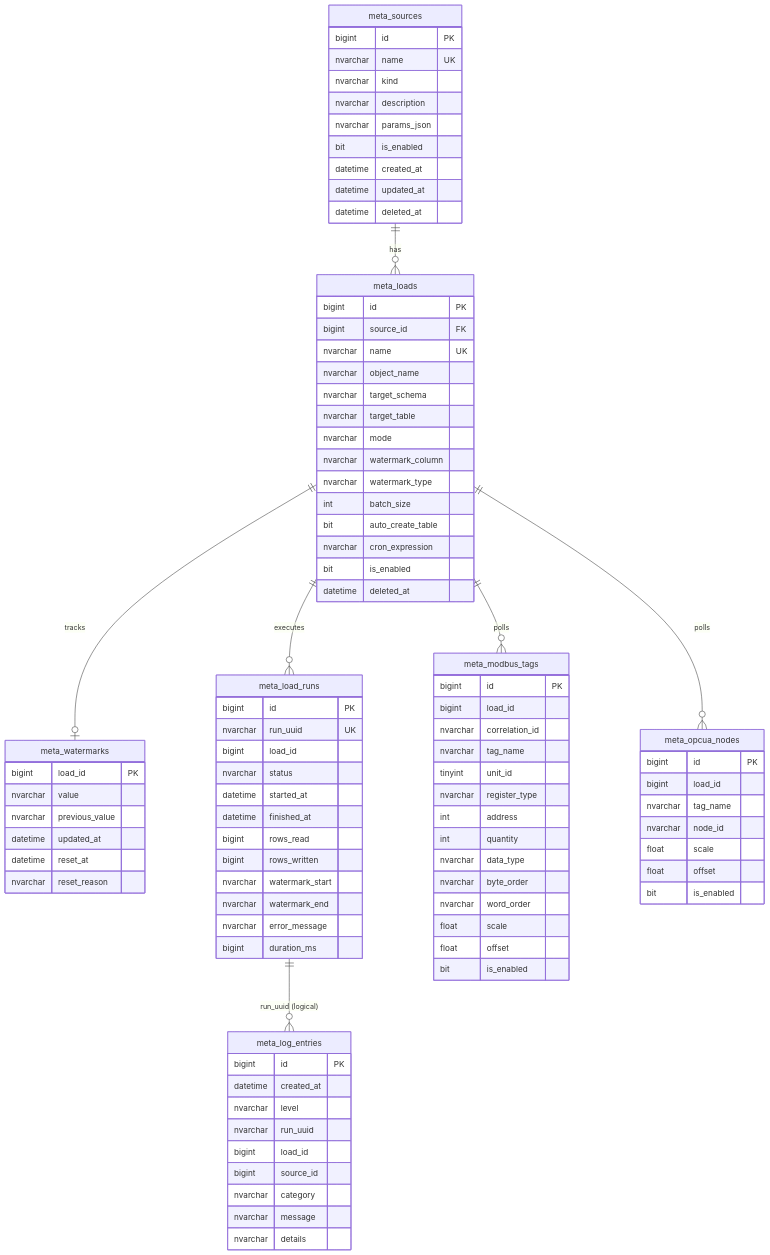
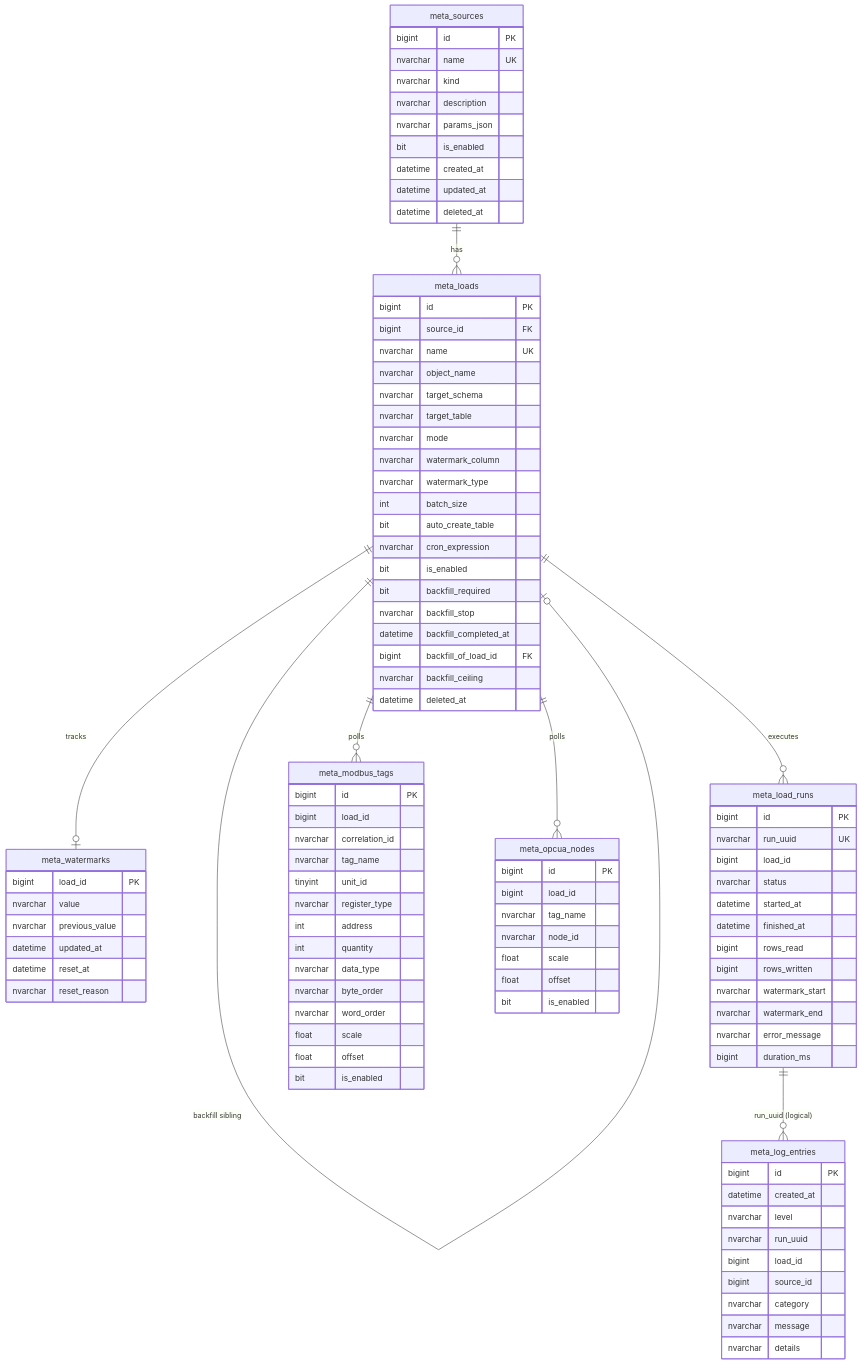
Before and after one commit to slaghuis/data-loader: the seventh of 8 diagrams in docs/02-architecture.md, drawn with Mermaid. The commit also changed other lines of this file and 30 other files, not shown here.

First line of the commit message:
feat: implement ADR-022 opt-in historic backfill for SQL delta loads

````diff
--- a/docs/02-architecture.md
+++ b/docs/02-architecture.md
@@ -336,6 +336,7 @@
 ```mermaid
 erDiagram
     meta_sources ||--o{ meta_loads : "has"
+    meta_loads ||--o| meta_loads : "backfill sibling"
     meta_loads ||--o| meta_watermarks : "tracks"
     meta_loads ||--o{ meta_load_runs : "executes"
     meta_loads ||--o{ meta_modbus_tags : "polls"
@@ -367,6 +368,11 @@
         bit auto_create_table
         nvarchar cron_expression
         bit is_enabled
+        bit backfill_required
+        nvarchar backfill_stop
+        datetime backfill_completed_at
+        bigint backfill_of_load_id FK
+        nvarchar backfill_ceiling
         datetime deleted_at
     }
     meta_watermarks {
````
